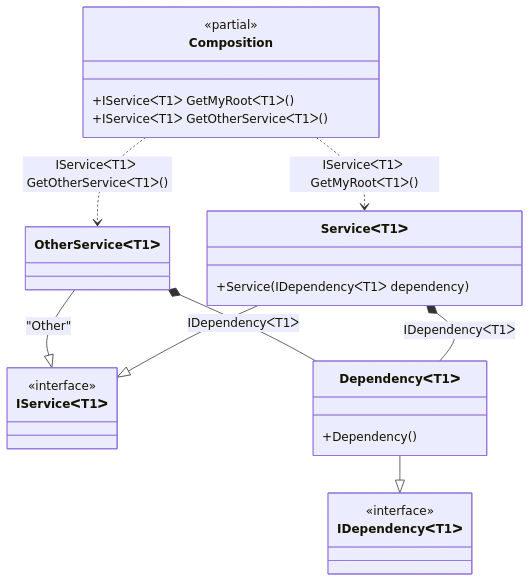
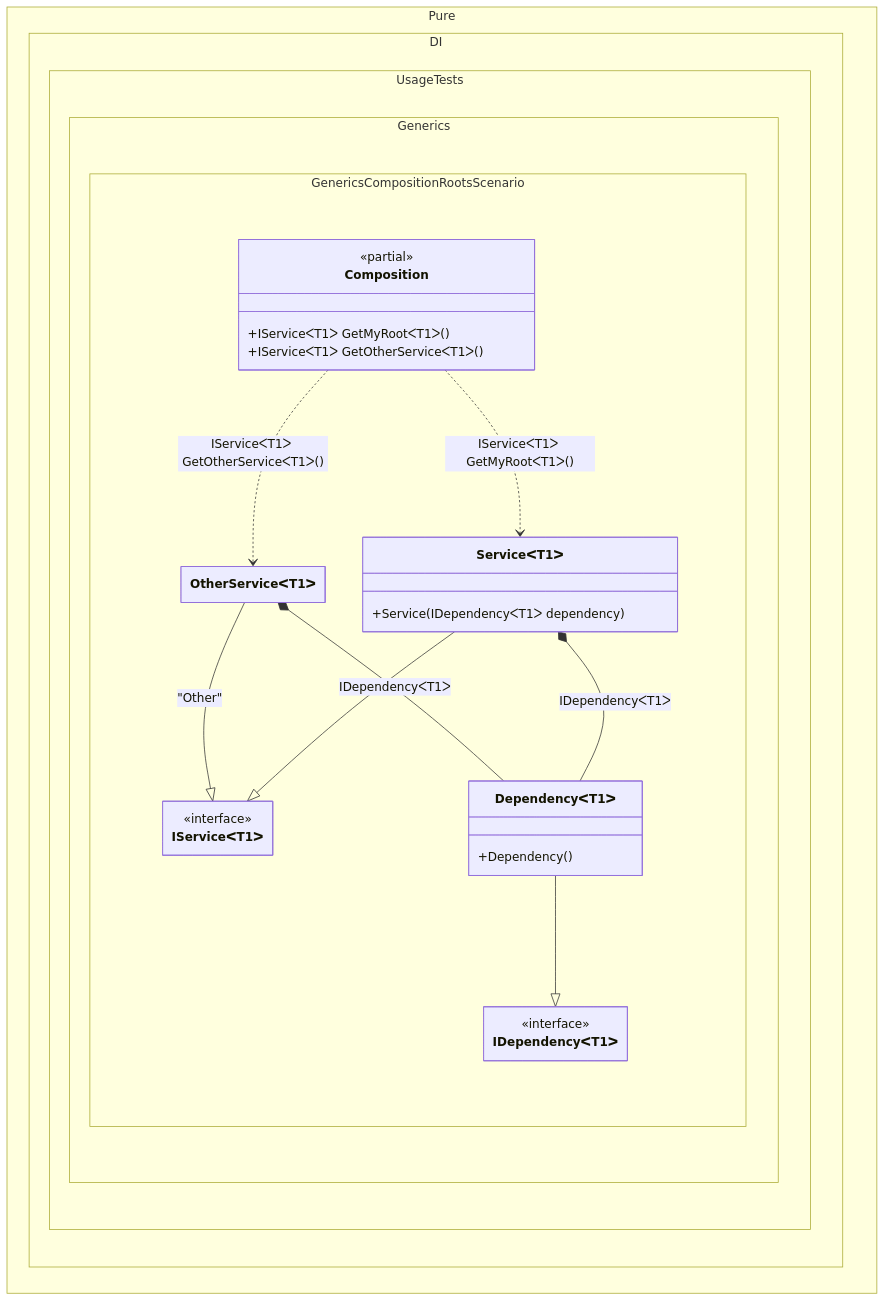
One commit to DevTeam/Pure.DI changed the diagram in readme/generic-composition-roots.md. Above: the diagram before and after it, drawn with Mermaid. The commit also changed 103 other files, not shown here.

Commit message:
Improved class diagrams

````diff
--- a/readme/generic-composition-roots.md
+++ b/readme/generic-composition-roots.md
@@ -94,28 +94,36 @@
 ```mermaid
+---
+ config:
+  class:
+   hideEmptyMembersBox: true
+---
 classDiagram
-	class Composition {
-		<<partial>>
-		+IServiceᐸT1ᐳ GetMyRootᐸT1ᐳ()
-		+IServiceᐸT1ᐳ GetOtherServiceᐸT1ᐳ()
-	}
 	OtherServiceᐸT1ᐳ --|> IServiceᐸT1ᐳ : "Other" 
-	class OtherServiceᐸT1ᐳ
 	ServiceᐸT1ᐳ --|> IServiceᐸT1ᐳ
-	class ServiceᐸT1ᐳ {
-		+Service(IDependencyᐸT1ᐳ dependency)
-	}
 	DependencyᐸT1ᐳ --|> IDependencyᐸT1ᐳ
-	class DependencyᐸT1ᐳ {
-		+Dependency()
-	}
-	class IServiceᐸT1ᐳ {
-		<<interface>>
-	}
-	class IDependencyᐸT1ᐳ {
-		<<interface>>
-	}
 	Composition ..> OtherServiceᐸT1ᐳ : IServiceᐸT1ᐳ GetOtherServiceᐸT1ᐳ()
 	Composition ..> ServiceᐸT1ᐳ : IServiceᐸT1ᐳ GetMyRootᐸT1ᐳ()
 	OtherServiceᐸT1ᐳ *--  DependencyᐸT1ᐳ : IDependencyᐸT1ᐳ
 	ServiceᐸT1ᐳ *--  DependencyᐸT1ᐳ : IDependencyᐸT1ᐳ
+	namespace Pure.DI.UsageTests.Generics.GenericsCompositionRootsScenario {
+		class Composition {
+		<<partial>>
+		+IServiceᐸT1ᐳ GetMyRootᐸT1ᐳ()
+		+IServiceᐸT1ᐳ GetOtherServiceᐸT1ᐳ()
+		}
+		class DependencyᐸT1ᐳ {
+			+Dependency()
+		}
+		class IDependencyᐸT1ᐳ {
+			<<interface>>
+		}
+		class IServiceᐸT1ᐳ {
+			<<interface>>
+		}
+		class OtherServiceᐸT1ᐳ {
+		}
+		class ServiceᐸT1ᐳ {
+			+Service(IDependencyᐸT1ᐳ dependency)
+		}
+	}
 ```
````
